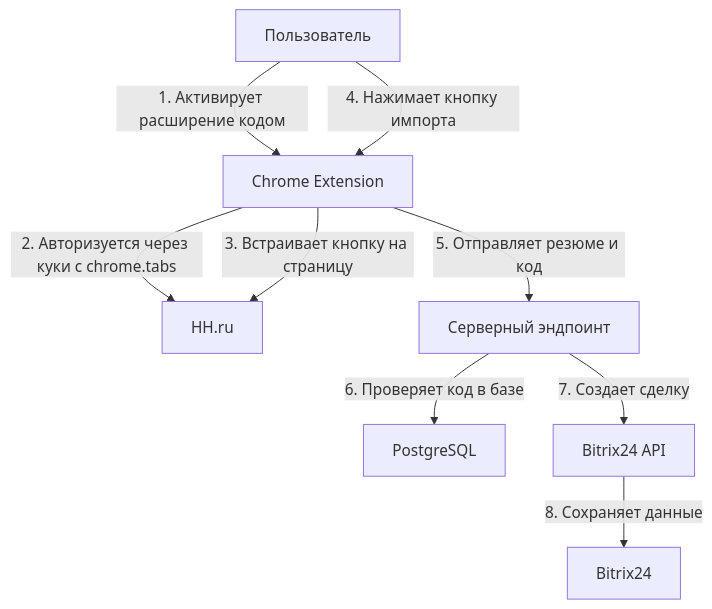
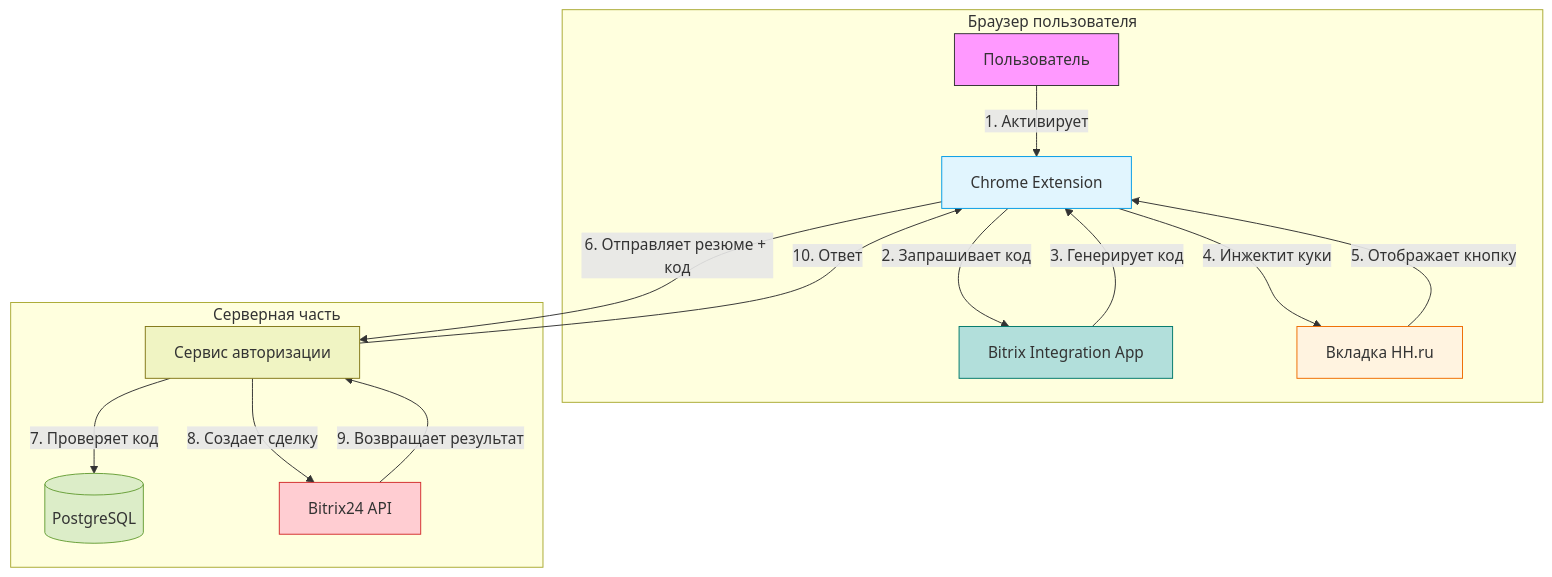
One commit to tyrypic/hh_extension changed the diagram in README.md. Above: the diagram before and after it, drawn with Mermaid.

````diff
--- a/README.md
+++ b/README.md
@@ -1,11 +1,26 @@
 ```mermaid
-graph TD;
-    User[Пользователь] -->|1. Активирует расширение кодом| Extension[Chrome Extension];
-    Extension -->|2. Авторизуется через куки с chrome.tabs| HHru[HH.ru];
-    Extension -->|3. Встраивает кнопку на страницу| HHru;
-    User -->|4. Нажимает кнопку импорта| Extension;
-    Extension -->|5. Отправляет резюме и код| Server[Серверный эндпоинт];
-    Server -->|6. Проверяет код в базе| PostgreSQL[PostgreSQL];
-    Server -->|7. Создает сделку| BitrixAPI[Bitrix24 API];
-    BitrixAPI -->|8. Сохраняет данные| Bitrix24[Bitrix24];
+graph TD
+    subgraph Browser[Браузер пользователя]
+        A[Пользователь] -->|1. Активирует| B[Chrome Extension]
+        B -->|2. Запрашивает код| C[Bitrix Integration App]
+        C -->|3. Генерирует код| B
+        B -->|4. Инжектит куки| D[Вкладка HH.ru]
+        D -->|5. Отображает кнопку| B
+    end
+
+    subgraph Backend[Серверная часть]
+        B -->|6. Отправляет резюме + код| E[Сервис авторизации]
+        E -->|7. Проверяет код| F[(PostgreSQL)]
+        E -->|8. Создает сделку| G[Bitrix24 API]
+        G -->|9. Возвращает результат| E
+        E -->|10. Ответ| B
+    end
+
+    style A fill:#f9f,stroke:#333
+    style B fill:#e1f5fe,stroke:#039be5
+    style C fill:#b2dfdb,stroke:#00796b
+    style D fill:#fff3e0,stroke:#ef6c00
+    style E fill:#f0f4c3,stroke:#827717
+    style F fill:#dcedc8,stroke:#689f38
+    style G fill:#ffcdd2,stroke:#d32f2f
 ```
````
